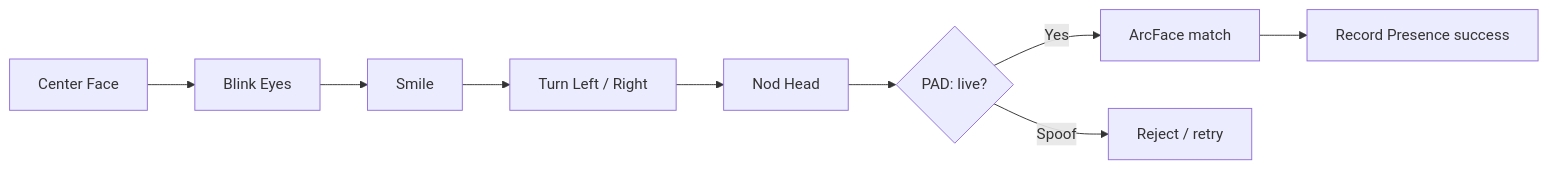
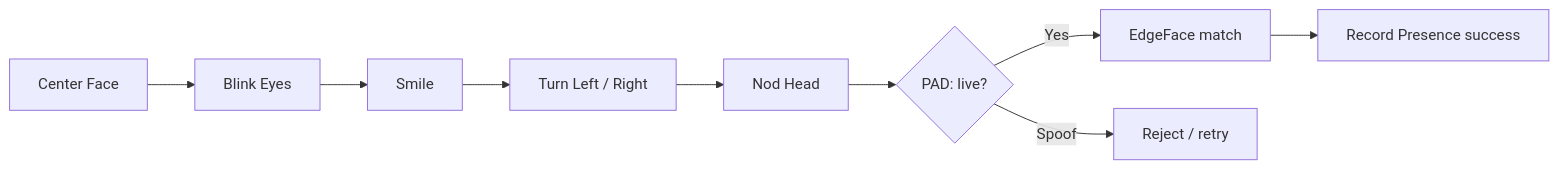
Before and after one commit to debasiskoley/face-liveness-ai: the third of 3 diagrams in README.md, drawn with Mermaid. The commit also changed other lines of this file and 16 other files, not shown here.

````diff
--- a/README.md
+++ b/README.md
@@ -115,11 +115,11 @@
 ```mermaid
 flowchart LR
   A[Center Face] --> B[Blink Eyes]
   B --> C[Smile]
   C --> D[Turn Left / Right]
   D --> E[Nod Head]
   E --> F{PAD: live?}
-  F -->|Yes| G[ArcFace match]
+  F -->|Yes| G[EdgeFace match]
   F -->|Spoof| H[Reject / retry]
   G --> I[Record Presence success]
 ```
````
